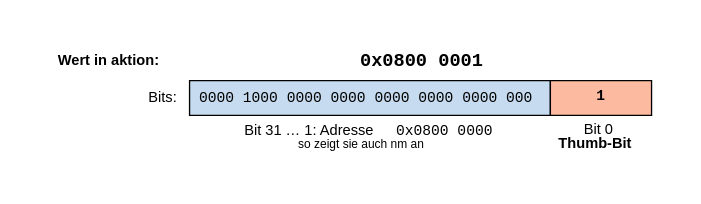
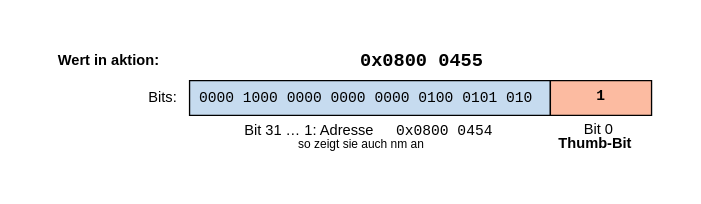
Before and after one commit to graugans/tea24-stm32f103: the diagram in excercise-001/img/thumb-bit.dot, drawn with Graphviz. The commit also changed 4 other files, not shown here.

```diff
--- a/excercise-001/img/thumb-bit.dot
+++ b/excercise-001/img/thumb-bit.dot
@@ -1,22 +1,22 @@
 // Ein Funktionszeiger auf dem Cortex-M3 ist ungerade: Bit 0 ist das Thumb-Bit
 digraph thumb {
   graph [bgcolor=white fontname="Helvetica" pad=0.3]
   node  [shape=plaintext fontname="Helvetica" fontsize=11]
   t [label=<
   <TABLE BORDER="0" CELLBORDER="1" CELLSPACING="0" CELLPADDING="6">
     <TR>
       <TD BORDER="0" ALIGN="RIGHT"><B>Wert in aktion:</B></TD>
-      <TD COLSPAN="2" BORDER="0"><FONT FACE="Courier" POINT-SIZE="14"><B>0x0800 0001</B></FONT></TD>
+      <TD COLSPAN="2" BORDER="0"><FONT FACE="Courier" POINT-SIZE="14"><B>0x0800 0455</B></FONT></TD>
     </TR>
     <TR>
       <TD BORDER="0" ALIGN="RIGHT">Bits:</TD>
-      <TD BGCOLOR="#c6dbef"><FONT FACE="Courier">0000 1000 0000 0000 0000 0000 0000 000</FONT></TD>
+      <TD BGCOLOR="#c6dbef"><FONT FACE="Courier">0000 1000 0000 0000 0000 0100 0101 010</FONT></TD>
       <TD BGCOLOR="#fcbba1"><FONT FACE="Courier"><B>1</B></FONT></TD>
     </TR>
     <TR>
       <TD BORDER="0"></TD>
-      <TD BORDER="0">Bit 31 … 1: Adresse <FONT FACE="Courier">0x0800 0000</FONT><BR/><FONT POINT-SIZE="9">so zeigt sie auch nm an</FONT></TD>
+      <TD BORDER="0">Bit 31 … 1: Adresse <FONT FACE="Courier">0x0800 0454</FONT><BR/><FONT POINT-SIZE="9">so zeigt sie auch nm an</FONT></TD>
       <TD BORDER="0">Bit 0<BR/><B>Thumb-Bit</B></TD>
     </TR>
   </TABLE>>]
 }
```
